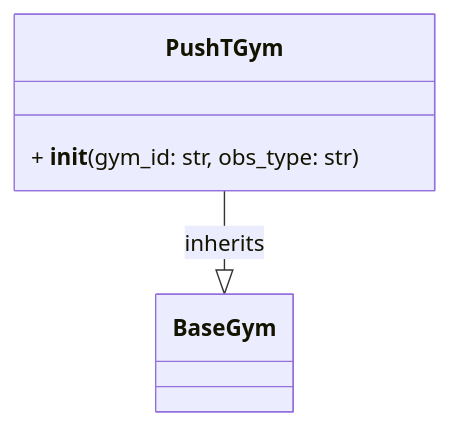
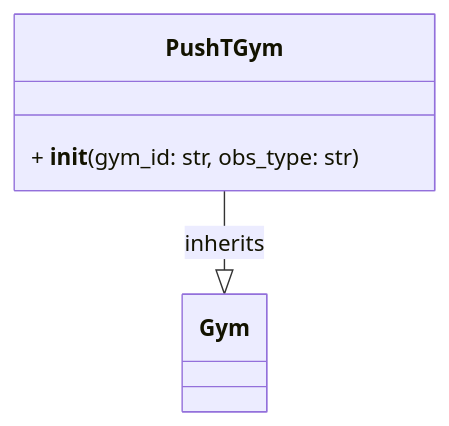
The diagram in library/docs/design/gyms/pusht.md (open-edge-platform/physical-ai-studio), drawn with Mermaid before and after one commit. The commit also changed other lines of this file and 8 other files, not shown here.

First line of the commit message:
refactor: Rename BaseGym to Gym

````diff
--- a/library/docs/design/gyms/pusht.md
+++ b/library/docs/design/gyms/pusht.md
@@ -5,8 +5,8 @@
 ```mermaid
 classDiagram
     class PushTGym {
         + __init__(gym_id: str, obs_type: str)
     }
 
-    PushTGym --|> BaseGym : inherits
+    PushTGym --|> Gym : inherits
 ```
````
